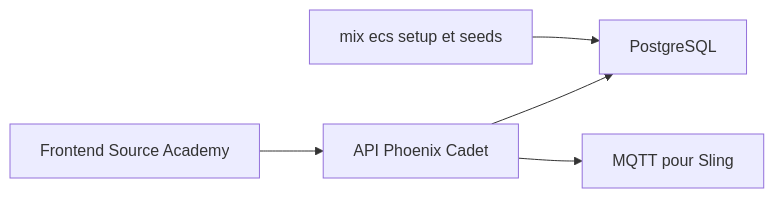
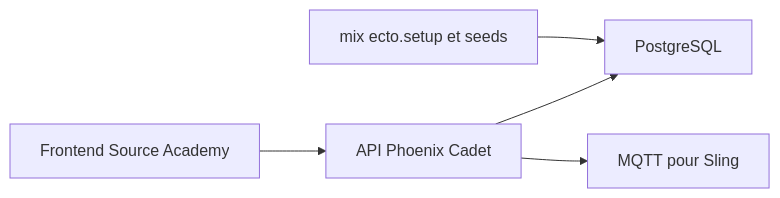
One commit to floSa/Veille-Repo changed the diagram in veille/.data/fiches/source-academy__backend.md. Above: the diagram before and after it, drawn with Mermaid. The commit also changed 2 other files, not shown here.

Commit message:
Mise à jour du catalogue : 12 311 dépôts, 7 333 synthèses

````diff
--- a/veille/.data/fiches/source-academy__backend.md
+++ b/veille/.data/fiches/source-academy__backend.md
@@ -29,7 +29,7 @@
 ```mermaid
 flowchart LR
   A[Frontend Source Academy] --> B[API Phoenix Cadet]
   B --> C[PostgreSQL]
-  D[mix ecs setup et seeds] --> C
+  D[mix ecto.setup et seeds] --> C
   B --> E[MQTT pour Sling]
 ```
````
